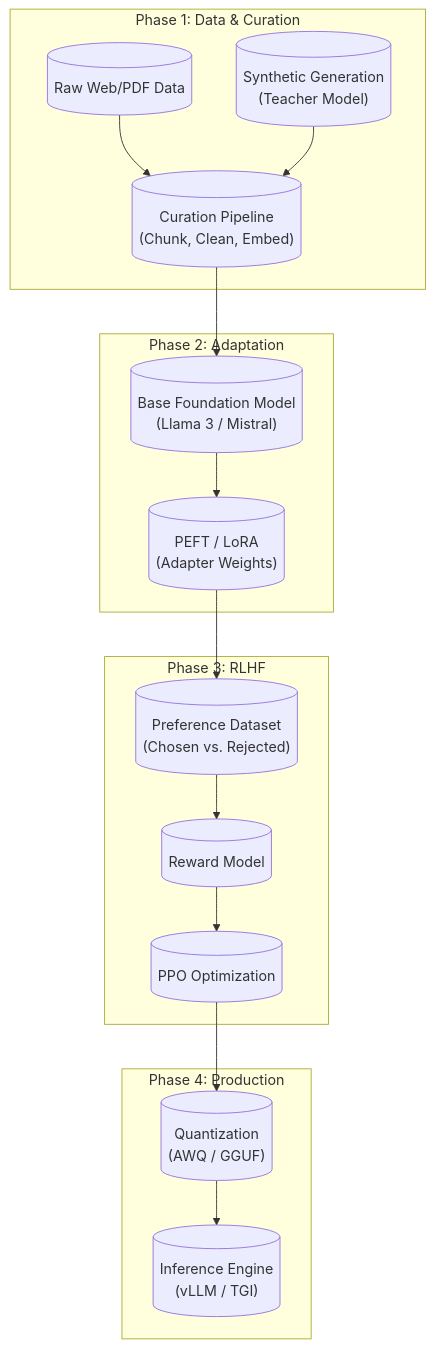
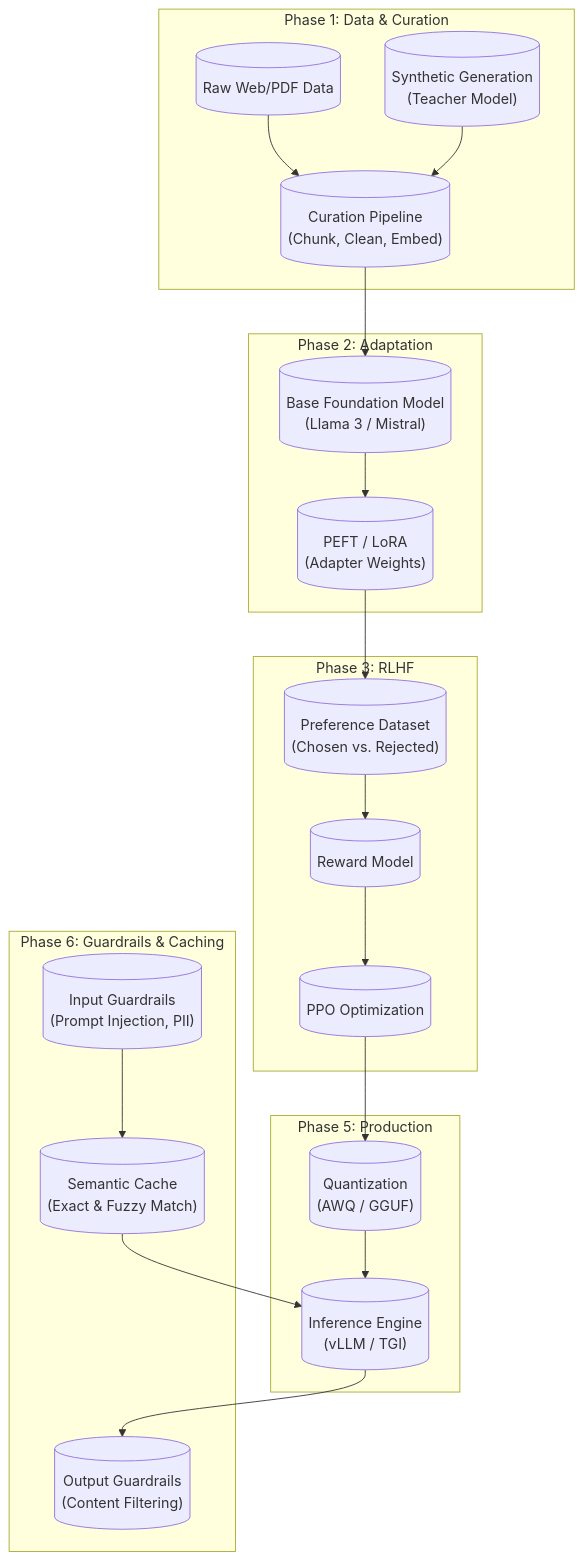
One commit to anmolsharma152/frontier-llmops-core changed the diagram in README.md. Above: the diagram before and after it, drawn with Mermaid. The commit also changed other lines of this file, not shown here.

Commit message:
add Phase 6: Guardrails & Caching (directory, roadmap, mermaid diagram)

````diff
--- a/README.md
+++ b/README.md
@@ -5,34 +5,43 @@
 ```mermaid
 flowchart TB
     subgraph Data["Phase 1: Data & Curation"]
         Raw[("Raw Web/PDF Data")]
         Syn[("Synthetic Generation<br/>(Teacher Model)")]
         Cur[("Curation Pipeline<br/>(Chunk, Clean, Embed)")]
     end
 
     subgraph Tuning["Phase 2: Adaptation"]
         Base[("Base Foundation Model<br/>(Llama 3 / Mistral)")]
         LoRA[("PEFT / LoRA<br/>(Adapter Weights)")]
     end
 
     subgraph Alignment["Phase 3: RLHF"]
         Pref[("Preference Dataset<br/>(Chosen vs. Rejected)")]
         RM[("Reward Model")]
         PPO[("PPO Optimization")]
     end
 
-    subgraph Serving["Phase 4: Production"]
+    subgraph Serving["Phase 5: Production"]
         Quant[("Quantization<br/>(AWQ / GGUF)")]
         vLLM[("Inference Engine<br/>(vLLM / TGI)")]
+    end
+
+    subgraph Guardrails["Phase 6: Guardrails & Caching"]
+        InputG[("Input Guardrails<br/>(Prompt Injection, PII)")]
+        Cache[("Semantic Cache<br/>(Exact & Fuzzy Match)")]
+        OutputG[("Output Guardrails<br/>(Content Filtering)")]
     end
 
     Raw --> Cur
     Syn --> Cur
     Cur --> Base
     Base --> LoRA
     LoRA --> Pref
     Pref --> RM
     RM --> PPO
     PPO --> Quant
     Quant --> vLLM
+    vLLM --> OutputG
+    InputG --> Cache
+    Cache --> vLLM
 ```
````
